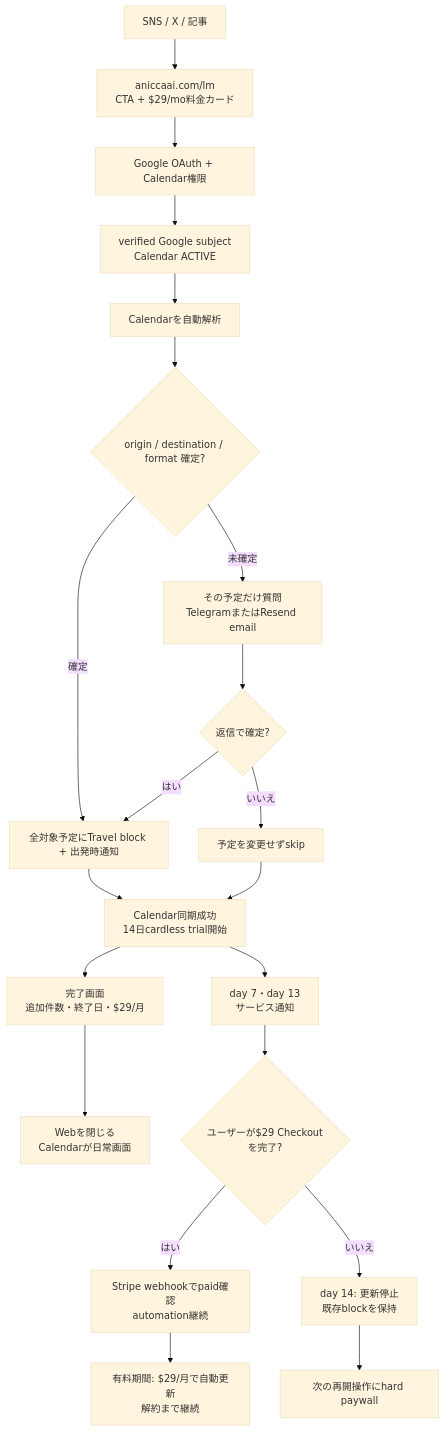
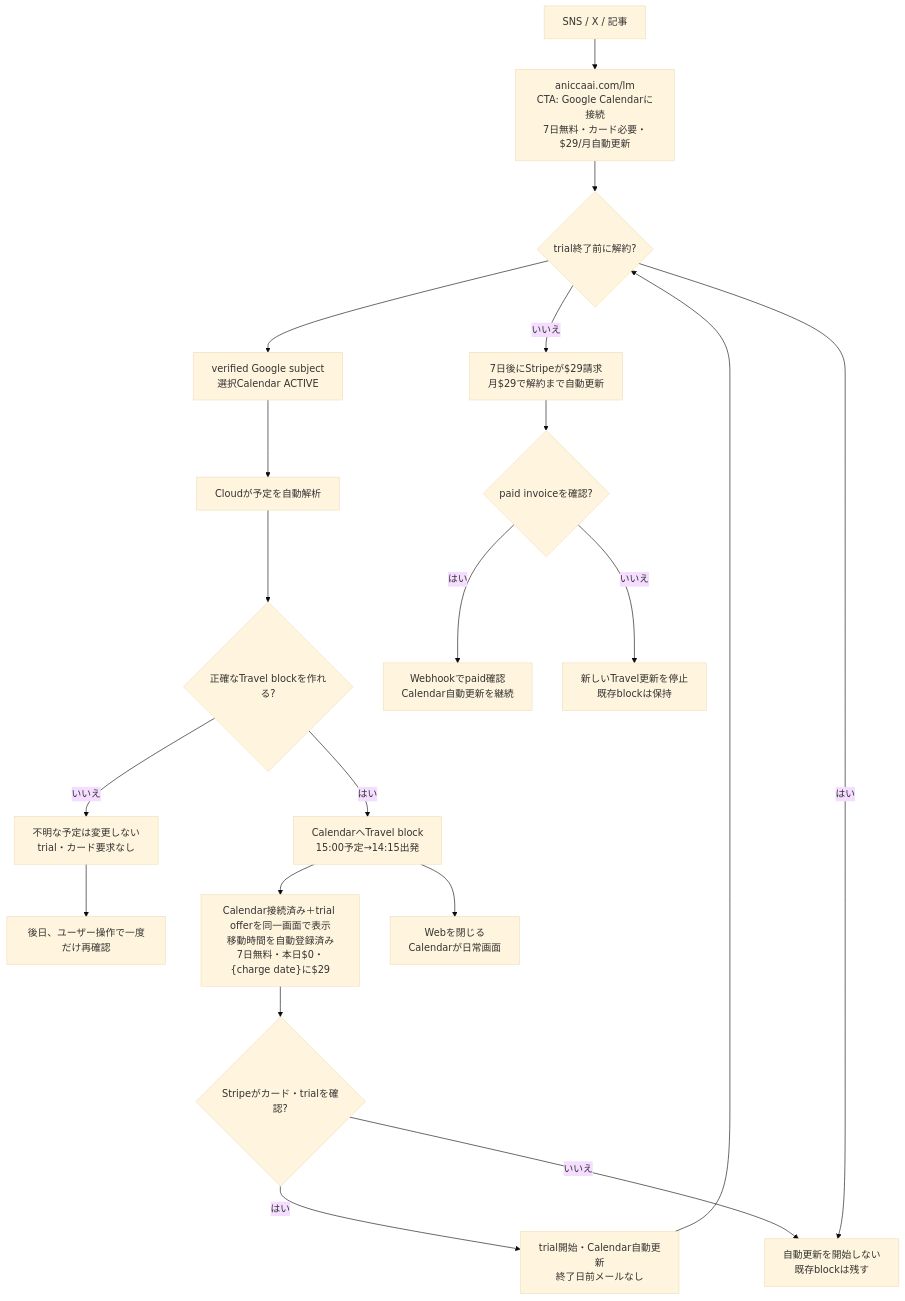
One commit to Daisuke134/life-manager changed the diagram in docs/superpowers/specs/2026-10-06-life-manager-web-first-travel-design.md. Above: the diagram before and after it, drawn with Mermaid (base theme). The commit also changed other lines of this file and 2 other files, not shown here.

First line of the commit message:
docs(lm): specify seven-day card trial UX (#6920)

````diff
--- a/docs/superpowers/specs/2026-10-06-life-manager-web-first-travel-design.md
+++ b/docs/superpowers/specs/2026-10-06-life-manager-web-first-travel-design.md
@@ -97,23 +100,22 @@
 ```mermaid
 flowchart TD
-    A["SNS / X / 記事"] --> B["aniccaai.com/lm<br/>CTA + $29/mo料金カード"]
-    B --> C["Google OAuth + Calendar権限"]
-    C --> D["verified Google subject<br/>Calendar ACTIVE"]
-    D --> E["Calendarを自動解析"]
-    E --> F{"origin / destination / format 確定?"}
-    F -- "確定" --> G["全対象予定にTravel block + 出発時通知"]
-    F -- "未確定" --> H["その予定だけ質問<br/>TelegramまたはResend email"]
-    H --> I{"返信で確定?"}
-    I -- "はい" --> G
-    I -- "いいえ" --> J["予定を変更せずskip"]
-    G --> K["Calendar同期成功<br/>14日cardless trial開始"]
-    J --> K
-    K --> L["完了画面<br/>追加件数・終了日・$29/月"]
-    L --> M["Webを閉じる<br/>Calendarが日常画面"]
-    K --> N["day 7・day 13<br/>サービス通知"]
-    N --> O{"ユーザーが$29 Checkoutを完了?"}
-    O -- "はい" --> P["Stripe webhookでpaid確認<br/>automation継続"]
-    O -- "いいえ" --> Q["day 14: 更新停止<br/>既存blockを保持"]
-    Q --> R["次の再開操作にhard paywall"]
-    P --> S["有料期間: $29/月で自動更新<br/>解約まで継続"]
+    A["SNS / X / 記事"] --> B["aniccaai.com/lm<br/>CTA: Google Calendarに接続<br/>7日無料・カード必要・$29/月自動更新"]
+    B --> C["Googleで本人確認<br/>Calendar権限を許可"]
+    C --> D["verified Google subject<br/>選択Calendar ACTIVE"]
+    D --> E["Cloudが予定を自動解析"]
+    E --> F{"正確なTravel blockを作れる?"}
+    F -- "はい" --> G["CalendarへTravel block<br/>15:00予定→14:15出発"]
+    F -- "いいえ" --> Z["不明な予定は変更しない<br/>trial・カード要求なし"]
+    Z --> R["後日、ユーザー操作で一度だけ再確認"]
+    G --> H["Calendar接続済み＋trial offerを同一画面で表示<br/>移動時間を自動登録済み<br/>7日無料・本日$0・{charge date}に$29"]
+    H --> J{"Stripeがカード・trialを確認?"}
+    J -- "はい" --> K["trial開始・Calendar自動更新<br/>終了日前メールなし"]
+    J -- "いいえ" --> L["自動更新を開始しない<br/>既存blockは残す"]
+    K --> C{"trial終了前に解約?"}
+    C -- "はい" --> L
+    C -- "いいえ" --> M["7日後にStripeが$29請求<br/>月$29で解約まで自動更新"]
+    M --> N{"paid invoiceを確認?"}
+    N -- "はい" --> O["Webhookでpaid確認<br/>Calendar自動更新を継続"]
+    N -- "いいえ" --> P["新しいTravel更新を停止<br/>既存blockは保持"]
+    G --> Q["Webを閉じる<br/>Calendarが日常画面"]
 ```
````
